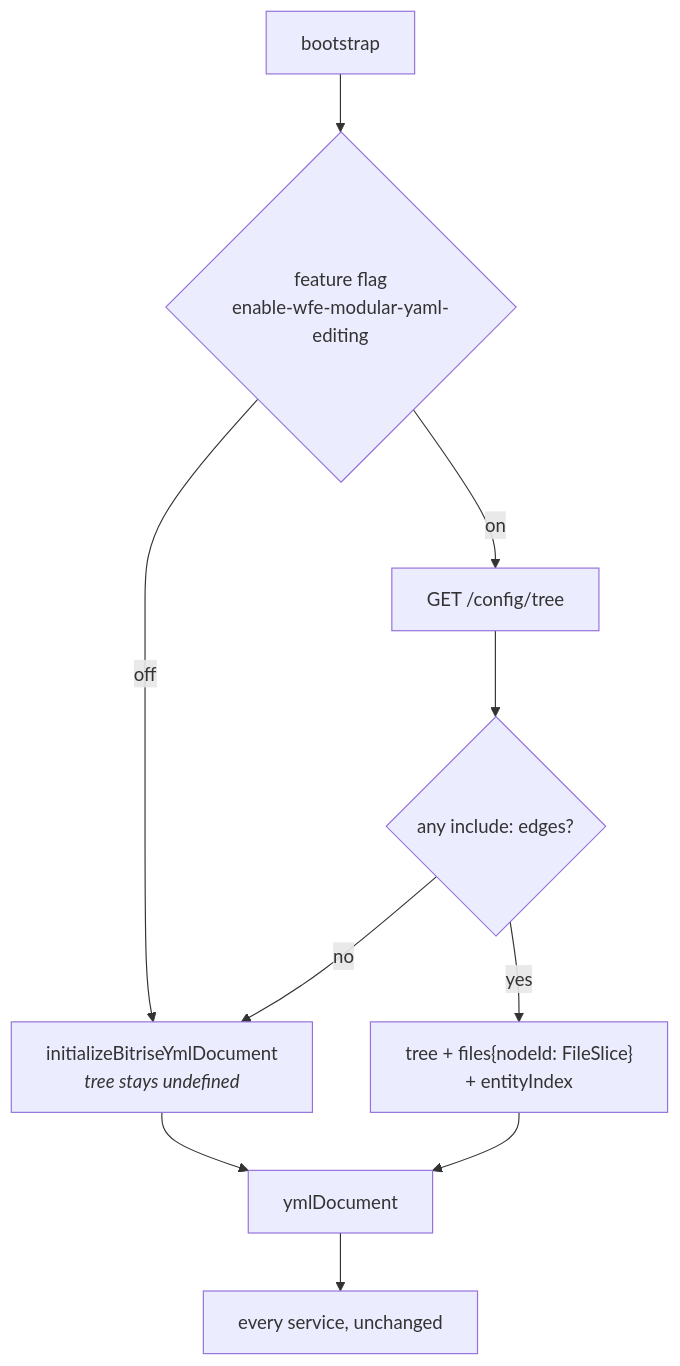
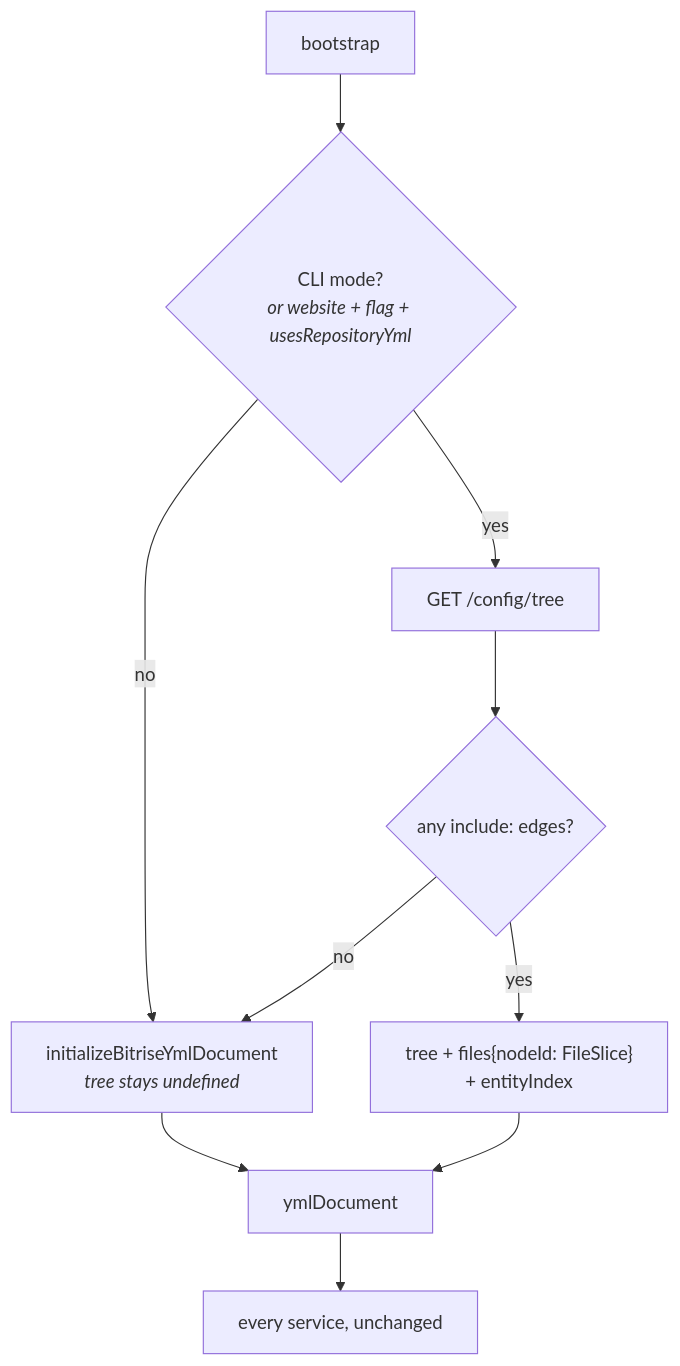
Before and after one commit to bitrise-io/bitrise-workflow-editor: the third of 7 diagrams in docs/flows.md, drawn with Mermaid. The commit also changed other lines of this file and 5 other files, not shown here.

````diff
--- a/docs/flows.md
+++ b/docs/flows.md
@@ -90,12 +90,12 @@
 ```mermaid
 flowchart TD
-  B["bootstrap"] --> F{"feature flag<br/>enable-wfe-modular-yaml-editing"}
-  F -- off --> S["initializeBitriseYmlDocument<br/><i>tree stays undefined</i>"]
-  F -- on --> T["GET /config/tree"]
+  B["bootstrap"] --> F{"CLI mode?<br/><i>or website + flag + usesRepositoryYml</i>"}
+  F -- "no" --> S["initializeBitriseYmlDocument<br/><i>tree stays undefined</i>"]
+  F -- "yes" --> T["GET /config/tree"]
   T --> N{"any include: edges?"}
   N -- no --> S
   N -- yes --> M["tree + files{nodeId: FileSlice}<br/>+ entityIndex"]
   S --> A["ymlDocument"]
   M --> A
   A --> X["every service, unchanged"]
 ```
````
